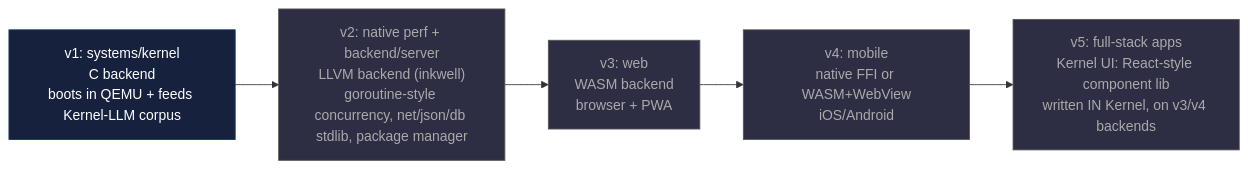
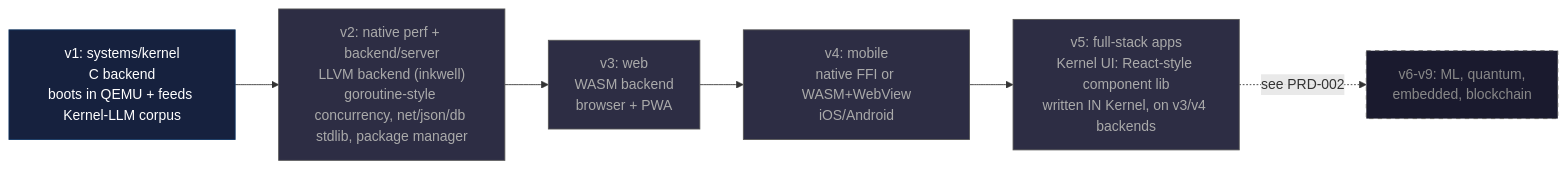
One commit to pabilandokarenpv/kernel-lang changed the diagram in product/PRDs/PRD-001-kernel-language.md. Above: the diagram before and after it, drawn with Mermaid. The commit also changed other lines of this file and 4 other files, not shown here.

````diff
--- a/product/PRDs/PRD-001-kernel-language.md
+++ b/product/PRDs/PRD-001-kernel-language.md
@@ -64,13 +71,15 @@
 ```mermaid
 flowchart LR
     V1["v1: systems/kernel\nC backend\nboots in QEMU + feeds Kernel-LLM corpus"] --> V2["v2: native perf + backend/server\nLLVM backend (inkwell)\ngoroutine-style concurrency, net/json/db stdlib, package manager"]
     V2 --> V3["v3: web\nWASM backend\nbrowser + PWA"]
     V3 --> V4["v4: mobile\nnative FFI or WASM+WebView\niOS/Android"]
     V4 --> V5["v5: full-stack apps\nKernel UI: React-style component lib\nwritten IN Kernel, on v3/v4 backends"]
+    V5 -.->|"see PRD-002"| V6["v6-v9: ML, quantum,\nembedded, blockchain"]
 
     style V1 fill:#16213e,stroke:#0f3460,color:#fff
     style V2 fill:#2d2d44,stroke:#555,color:#aaa
     style V3 fill:#2d2d44,stroke:#555,color:#aaa
     style V4 fill:#2d2d44,stroke:#555,color:#aaa
     style V5 fill:#2d2d44,stroke:#555,color:#aaa
+    style V6 fill:#1a1a2e,stroke:#555,color:#888,stroke-dasharray: 5 5
 ```
````
